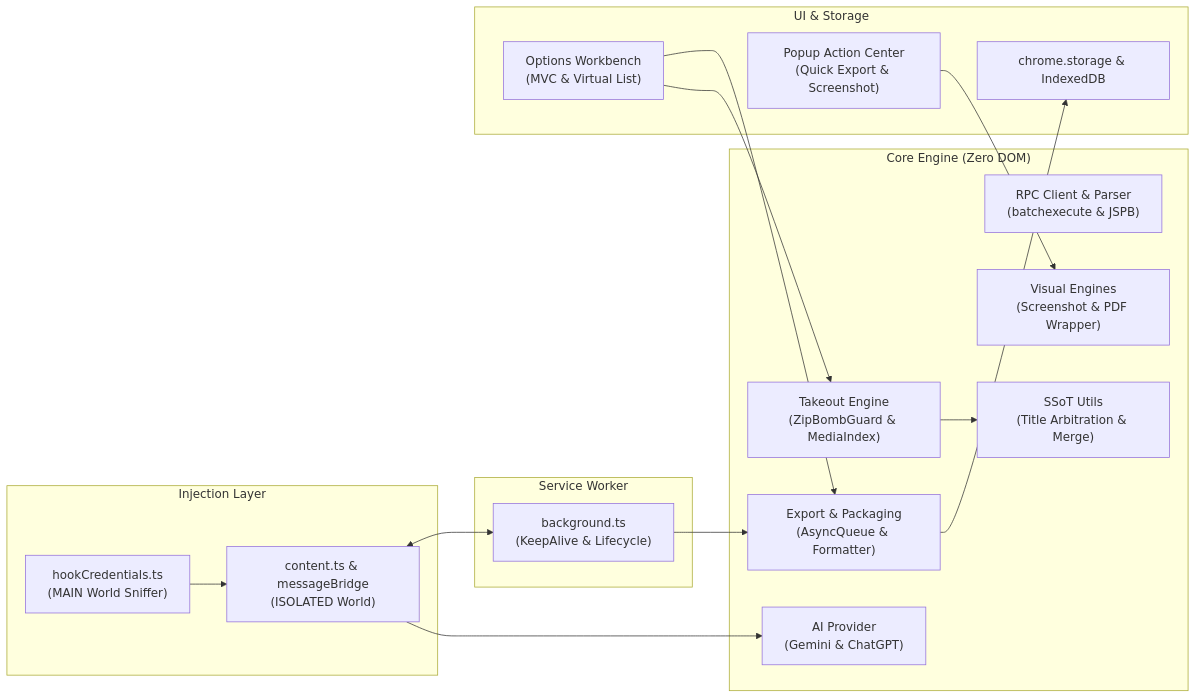
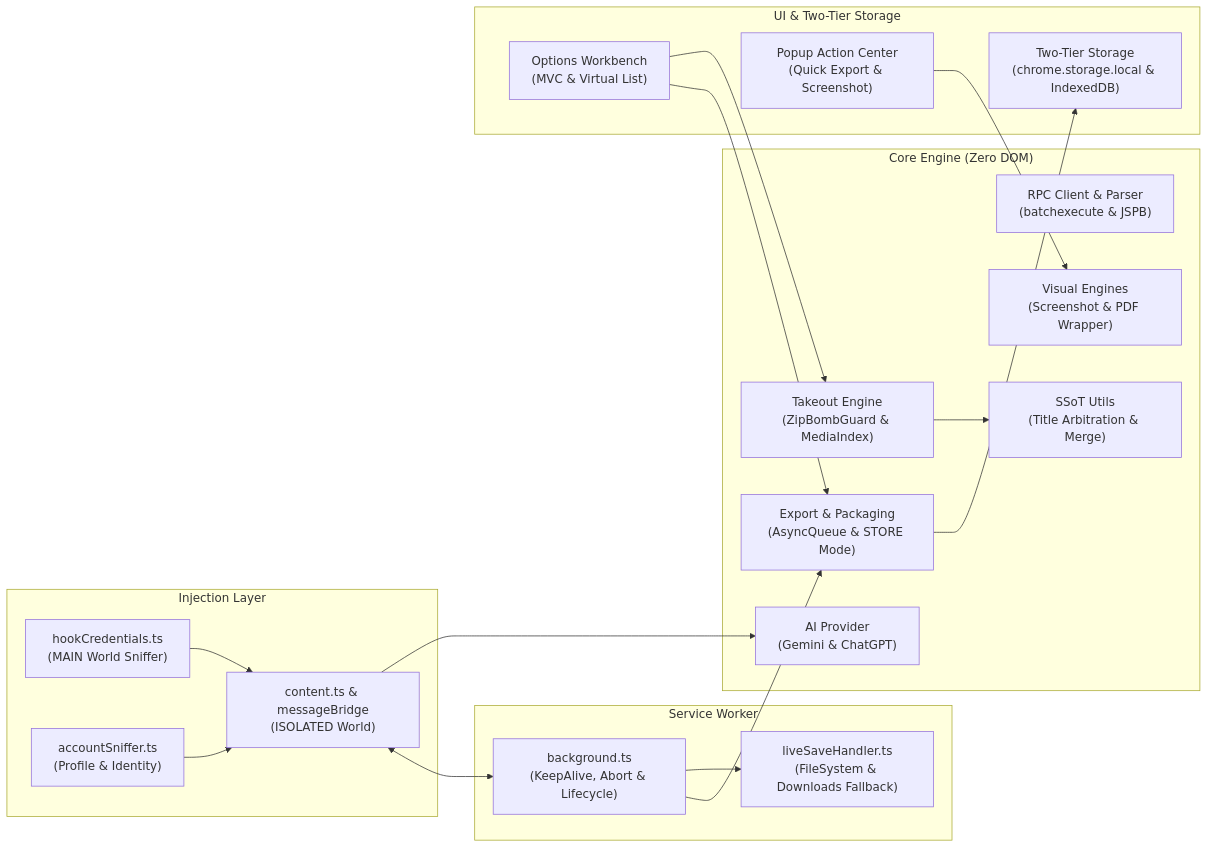
One commit to OTLFrostA/gemini-exporter changed the diagram in README.md. Above: the diagram before and after it, drawn with Mermaid. The commit also changed other lines of this file and 3 other files, not shown here.

Commit message:
docs: sync project readmes with two-tier storage, multi-account isolation, and zero-dom architecture (#479)

````diff
--- a/README.md
+++ b/README.md
@@ -61,36 +68,40 @@
 ```mermaid
 graph LR
     subgraph Injection ["Injection Layer"]
         HOOK["hookCredentials.ts<br/>(MAIN World Sniffer)"]
+        SNIFFER["accountSniffer.ts<br/>(Profile & Identity)"]
         CS["content.ts & messageBridge<br/>(ISOLATED World)"]
     end
 
     subgraph ServiceWorker ["Service Worker"]
-        SW["background.ts<br/>(KeepAlive & Lifecycle)"]
+        SW["background.ts<br/>(KeepAlive, Abort & Lifecycle)"]
+        LH["liveSaveHandler.ts<br/>(FileSystem & Downloads Fallback)"]
     end
 
     subgraph CoreEngine ["Core Engine (Zero DOM)"]
         PROV["AI Provider<br/>(Gemini & ChatGPT)"]
         API["RPC Client & Parser<br/>(batchexecute & JSPB)"]
-        ENG["Export & Packaging<br/>(AsyncQueue & Formatter)"]
+        ENG["Export & Packaging<br/>(AsyncQueue & STORE Mode)"]
         TAKEOUT["Takeout Engine<br/>(ZipBombGuard & MediaIndex)"]
         MEDIA["Visual Engines<br/>(Screenshot & PDF Wrapper)"]
         SSOT["SSoT Utils<br/>(Title Arbitration & Merge)"]
     end
 
-    subgraph Presentation ["UI & Storage"]
+    subgraph Presentation ["UI & Two-Tier Storage"]
         WORKBENCH["Options Workbench<br/>(MVC & Virtual List)"]
         POPUP["Popup Action Center<br/>(Quick Export & Screenshot)"]
-        STORAGE["chrome.storage & IndexedDB"]
+        STORAGE["Two-Tier Storage<br/>(chrome.storage.local & IndexedDB)"]
     end
 
     HOOK --> CS
+    SNIFFER --> CS
     CS <--> SW
     CS --> PROV
     SW --> ENG
+    SW --> LH
     WORKBENCH --> ENG
     WORKBENCH --> TAKEOUT
     POPUP --> MEDIA
     ENG --> STORAGE
     TAKEOUT --> SSOT
 ```
````
